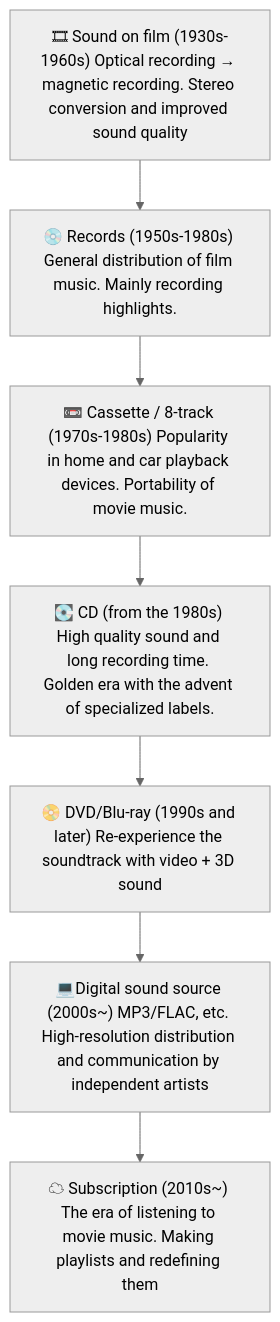
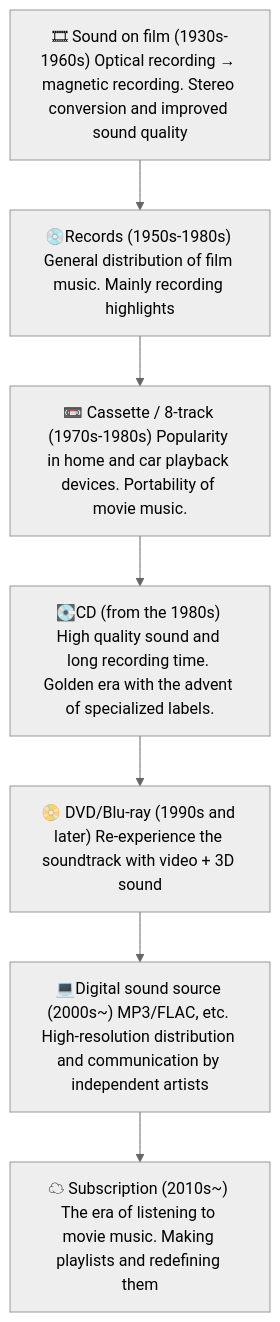
One commit to monumental-movement/monumental-movement.github.io changed the diagram in en/_posts/2025-07-17-Column-Soundtrack.md. Above: the diagram before and after it, drawn with Mermaid (neutral theme). The commit also changed other lines of this file and 321 other files, not shown here.

```diff
--- a/en/_posts/2025-07-17-Column-Soundtrack.md
+++ b/en/_posts/2025-07-17-Column-Soundtrack.md
@@ -102,14 +102,14 @@
 <div class="mermaid">
 
 flowchart TD
   A["🎞 Sound on film (1930s-1960s) Optical recording → magnetic recording. Stereo conversion and improved sound quality"]
-  B["💿 Records (1950s-1980s) General distribution of film music. Mainly recording highlights."]
+  B["💿Records (1950s-1980s) General distribution of film music. Mainly recording highlights"]
   C["📼 Cassette / 8-track (1970s-1980s) Popularity in home and car playback devices. Portability of movie music."]
-  D["💽 CD (from the 1980s) High quality sound and long recording time. Golden era with the advent of specialized labels."]
+  D["💽CD (from the 1980s) High quality sound and long recording time. Golden era with the advent of specialized labels."]
   E["📀 DVD/Blu-ray (1990s and later) Re-experience the soundtrack with video + 3D sound"]
   F["💻Digital sound source (2000s~) MP3/FLAC, etc. High-resolution distribution and communication by independent artists"]
   G["☁ Subscription (2010s~) The era of listening to movie music. Making playlists and redefining them"]
 
   A --> B --> C --> D --> E --> F --> G
 
 </div>
```
